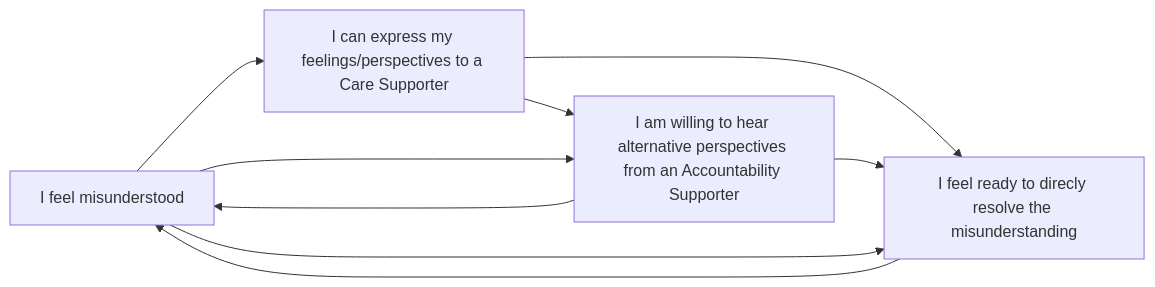
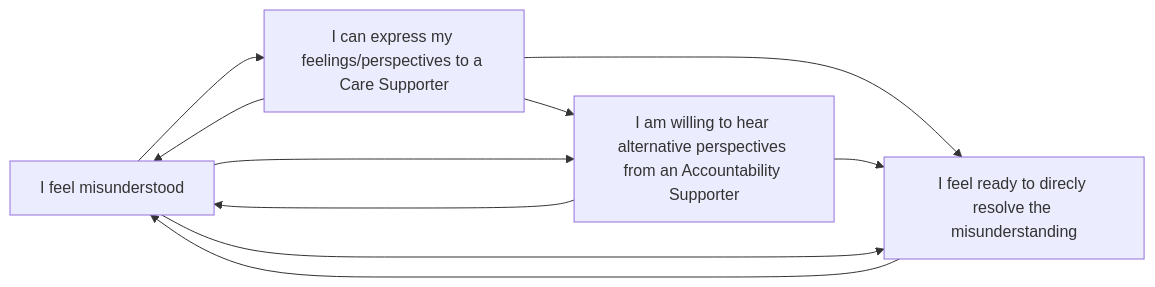
One commit to brassica-collective/handbook changed the diagram in content/brassica/handbook/Howtos/supporter_guidelines.md. Above: the diagram before and after it, drawn with Mermaid. The commit also changed other lines of this file, not shown here.

````diff
--- a/content/brassica/handbook/Howtos/supporter_guidelines.md
+++ b/content/brassica/handbook/Howtos/supporter_guidelines.md
@@ -39,8 +39,9 @@
 ```mermaid
 graph LR
 A[I feel misunderstood] --> B[I can express my feelings/perspectives to a Care Supporter] -->D
 B --> C[I am willing to hear alternative perspectives from an Accountability Supporter] -->D
 A --> C
+B --> A
 C --> A 
 A--> D[I feel ready to direcly resolve the misunderstanding]-->A
 ```
````
